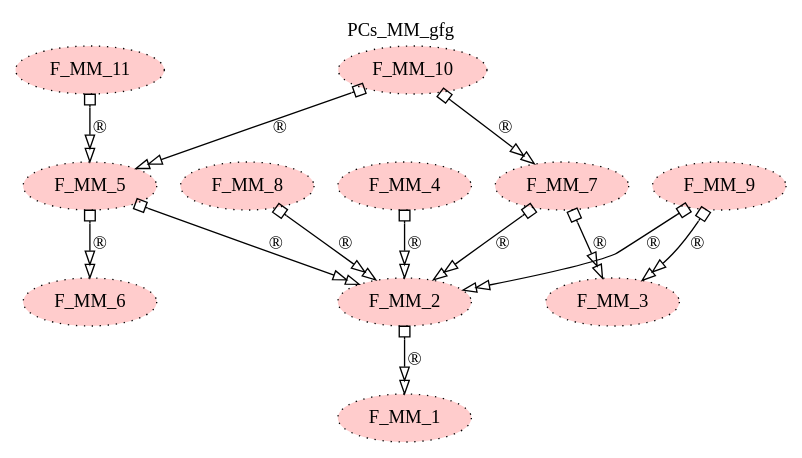
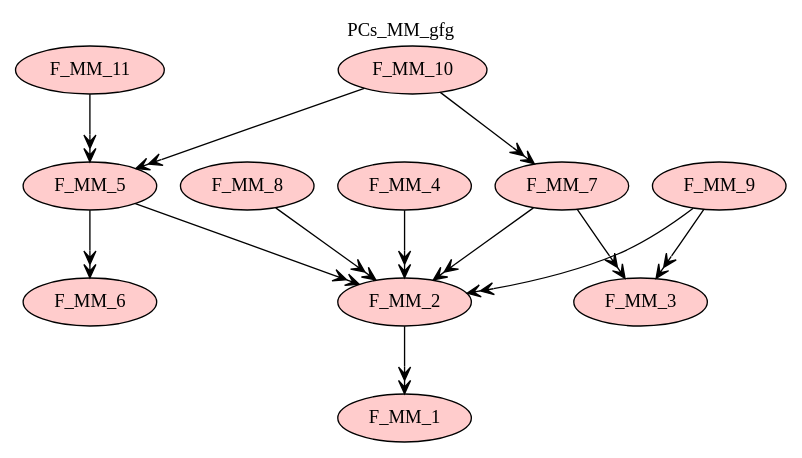
One commit to namalio/Fragmenta changed the diagram in Haskell/PCs/MM/img/PCs_MM_gfg.gv. Above: the diagram before and after it, drawn with Graphviz. The commit also changed 30 other files, not shown here.

```diff
--- a/Haskell/PCs/MM/img/PCs_MM_gfg.gv
+++ b/Haskell/PCs/MM/img/PCs_MM_gfg.gv
@@ -1,26 +1,26 @@
 digraph {graph[label=PCs_MM_gfg,labelloc=tl,labelfontsize=12];
-"F_MM_1"[shape=oval,fillcolor="#FFCCCC",style ="filled,dotted",label="F_MM_1"];
-"F_MM_2"[shape=oval,fillcolor="#FFCCCC",style ="filled,dotted",label="F_MM_2"];
-"F_MM_3"[shape=oval,fillcolor="#FFCCCC",style ="filled,dotted",label="F_MM_3"];
-"F_MM_4"[shape=oval,fillcolor="#FFCCCC",style ="filled,dotted",label="F_MM_4"];
-"F_MM_5"[shape=oval,fillcolor="#FFCCCC",style ="filled,dotted",label="F_MM_5"];
-"F_MM_6"[shape=oval,fillcolor="#FFCCCC",style ="filled,dotted",label="F_MM_6"];
-"F_MM_7"[shape=oval,fillcolor="#FFCCCC",style ="filled,dotted",label="F_MM_7"];
-"F_MM_8"[shape=oval,fillcolor="#FFCCCC",style ="filled,dotted",label="F_MM_8"];
-"F_MM_9"[shape=oval,fillcolor="#FFCCCC",style ="filled,dotted",label="F_MM_9"];
-"F_MM_10"[shape=oval,fillcolor="#FFCCCC",style ="filled,dotted",label="F_MM_10"];
-"F_MM_11"[shape=oval,fillcolor="#FFCCCC",style ="filled,dotted",label="F_MM_11"];
+"F_MM_1"[shape=oval,fillcolor="#FFCCCC",style ="filled",label="F_MM_1"];
+"F_MM_2"[shape=oval,fillcolor="#FFCCCC",style ="filled",label="F_MM_2"];
+"F_MM_3"[shape=oval,fillcolor="#FFCCCC",style ="filled",label="F_MM_3"];
+"F_MM_4"[shape=oval,fillcolor="#FFCCCC",style ="filled",label="F_MM_4"];
+"F_MM_5"[shape=oval,fillcolor="#FFCCCC",style ="filled",label="F_MM_5"];
+"F_MM_6"[shape=oval,fillcolor="#FFCCCC",style ="filled",label="F_MM_6"];
+"F_MM_7"[shape=oval,fillcolor="#FFCCCC",style ="filled",label="F_MM_7"];
+"F_MM_8"[shape=oval,fillcolor="#FFCCCC",style ="filled",label="F_MM_8"];
+"F_MM_9"[shape=oval,fillcolor="#FFCCCC",style ="filled",label="F_MM_9"];
+"F_MM_10"[shape=oval,fillcolor="#FFCCCC",style ="filled",label="F_MM_10"];
+"F_MM_11"[shape=oval,fillcolor="#FFCCCC",style ="filled",label="F_MM_11"];
 
-"F_MM_2"->"F_MM_1"[label=®,dir=both,arrowtail=obox,arrowhead=emptyempty];
-"F_MM_4"->"F_MM_2"[label=®,dir=both,arrowtail=obox,arrowhead=emptyempty];
-"F_MM_5"->"F_MM_2"[label=®,dir=both,arrowtail=obox,arrowhead=emptyempty];
-"F_MM_5"->"F_MM_6"[label=®,dir=both,arrowtail=obox,arrowhead=emptyempty];
-"F_MM_7"->"F_MM_2"[label=®,dir=both,arrowtail=obox,arrowhead=emptyempty];
-"F_MM_7"->"F_MM_3"[label=®,dir=both,arrowtail=obox,arrowhead=emptyempty];
-"F_MM_8"->"F_MM_2"[label=®,dir=both,arrowtail=obox,arrowhead=emptyempty];
-"F_MM_9"->"F_MM_2"[label=®,dir=both,arrowtail=obox,arrowhead=emptyempty];
-"F_MM_9"->"F_MM_3"[label=®,dir=both,arrowtail=obox,arrowhead=emptyempty];
-"F_MM_10"->"F_MM_5"[label=®,dir=both,arrowtail=obox,arrowhead=emptyempty];
-"F_MM_10"->"F_MM_7"[label=®,dir=both,arrowtail=obox,arrowhead=emptyempty];
-"F_MM_11"->"F_MM_5"[label=®,dir=both,arrowtail=obox,arrowhead=emptyempty];
+"F_MM_2"->"F_MM_1"[label=" ",arrowhead=veevee];
+"F_MM_4"->"F_MM_2"[label=" ",arrowhead=veevee];
+"F_MM_5"->"F_MM_2"[label=" ",arrowhead=veevee];
+"F_MM_5"->"F_MM_6"[label=" ",arrowhead=veevee];
+"F_MM_7"->"F_MM_2"[label=" ",arrowhead=veevee];
+"F_MM_7"->"F_MM_3"[label=" ",arrowhead=veevee];
+"F_MM_8"->"F_MM_2"[label=" ",arrowhead=veevee];
+"F_MM_9"->"F_MM_2"[label=" ",arrowhead=veevee];
+"F_MM_9"->"F_MM_3"[label=" ",arrowhead=veevee];
+"F_MM_10"->"F_MM_5"[label=" ",arrowhead=veevee];
+"F_MM_10"->"F_MM_7"[label=" ",arrowhead=veevee];
+"F_MM_11"->"F_MM_5"[label=" ",arrowhead=veevee];
 }
```
